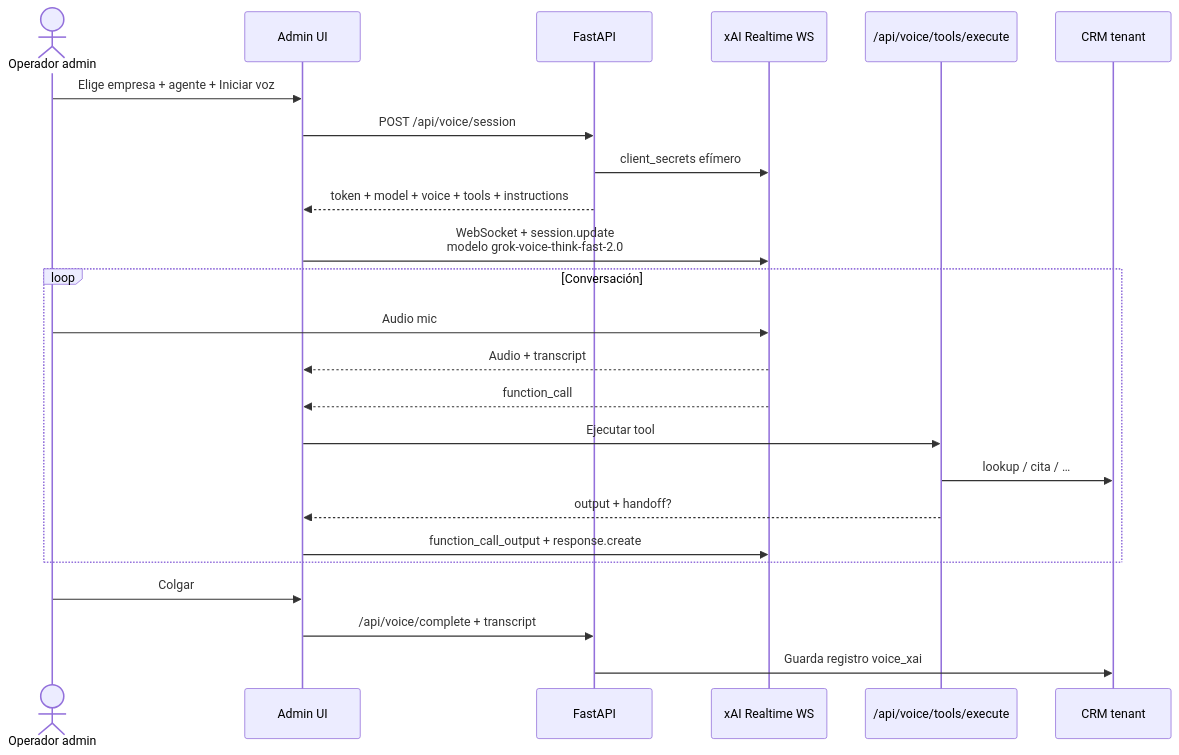
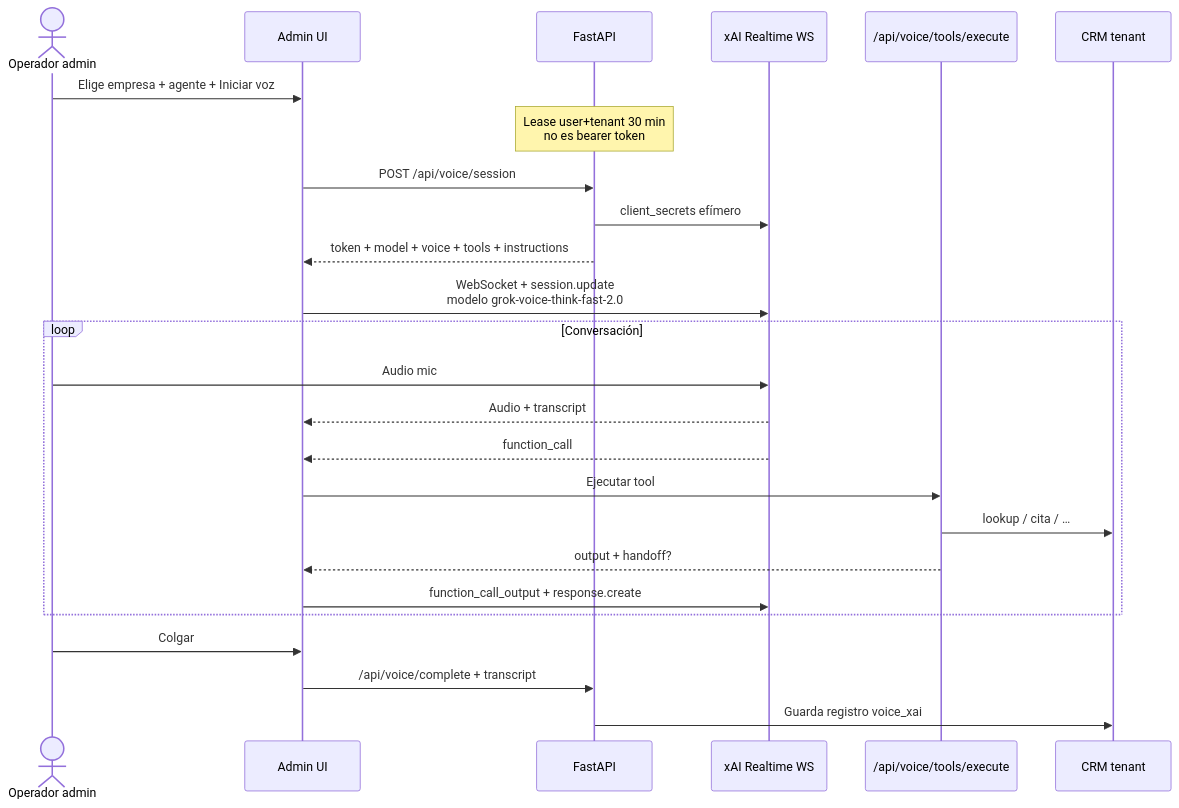
Diagram 14 of 20 in docs/FLUJOS_OPERATIVOS.md (Zombie10/CallManagement), drawn with Mermaid before and after one commit. The commit also changed other lines of this file and 7 other files, not shown here.

````diff
--- a/docs/FLUJOS_OPERATIVOS.md
+++ b/docs/FLUJOS_OPERATIVOS.md
@@ -449,27 +438,28 @@
 ```mermaid
 sequenceDiagram
   actor User as Operador admin
   participant UI as Admin UI
   participant API as FastAPI
   participant XAI as xAI Realtime WS
   participant TOOL as /api/voice/tools/execute
   participant CRM as CRM tenant
 
   User->>UI: Elige empresa + agente + Iniciar voz
+  Note over API: Lease user+tenant 30 min<br/>no es bearer token
   UI->>API: POST /api/voice/session
   API->>XAI: client_secrets efímero
   API-->>UI: token + model + voice + tools + instructions
   UI->>XAI: WebSocket + session.update<br/>modelo grok-voice-think-fast-2.0
   loop Conversación
     User->>XAI: Audio mic
     XAI-->>UI: Audio + transcript
     XAI-->>UI: function_call
     UI->>TOOL: Ejecutar tool
     TOOL->>CRM: lookup / cita / …
     TOOL-->>UI: output + handoff?
     UI->>XAI: function_call_output + response.create
   end
   User->>UI: Colgar
   UI->>API: /api/voice/complete + transcript
   API->>CRM: Guarda registro voice_xai
 ```
````
